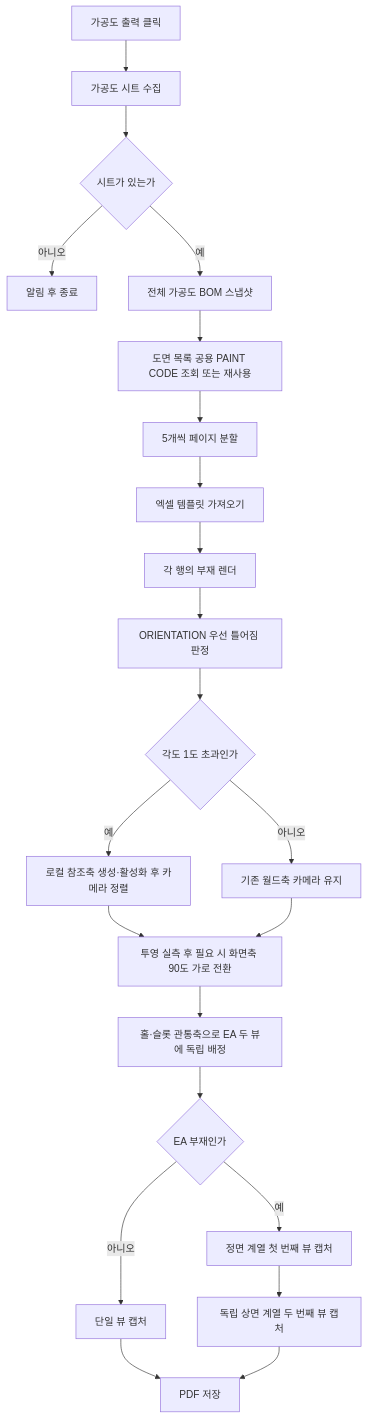
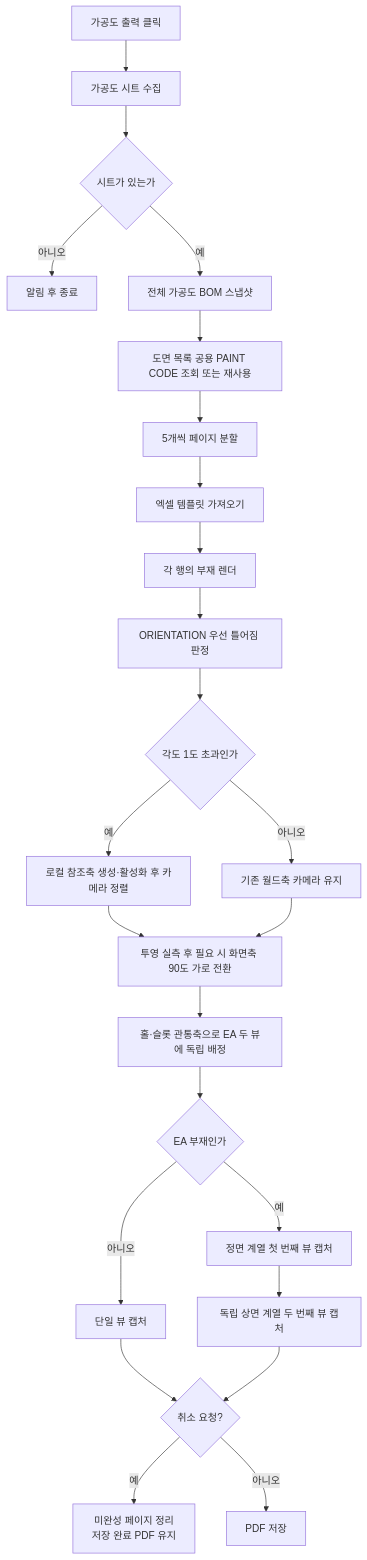
One commit to uuuuj/a2z changed the diagram in docs/기능/가공도/가공도 시트.md. Above: the diagram before and after it, drawn with Mermaid. The commit also changed other lines of this file and 16 other files, not shown here.

````diff
--- a/docs/기능/가공도/가공도 시트.md
+++ b/docs/기능/가공도/가공도 시트.md
@@ -27,24 +27,26 @@
 ```mermaid
 flowchart TD
     A["가공도 출력 클릭"] --> B["가공도 시트 수집"]
     B --> C{"시트가 있는가"}
     C -- 아니오 --> D["알림 후 종료"]
     C -- 예 --> E["전체 가공도 BOM 스냅샷"]
     E --> E1["도면 목록 공용 PAINT CODE 조회 또는 재사용"]
     E1 --> F["5개씩 페이지 분할"]
     F --> G["엑셀 템플릿 가져오기"]
     G --> H["각 행의 부재 렌더"]
     H --> H1["ORIENTATION 우선 틀어짐 판정"]
     H1 --> H2{"각도 1도 초과인가"}
     H2 -- 예 --> H3["로컬 참조축 생성·활성화 후 카메라 정렬"]
     H2 -- 아니오 --> H4["기존 월드축 카메라 유지"]
     H3 --> H5["투영 실측 후 필요 시 화면축 90도 가로 전환"]
     H4 --> H5
     H5 --> H6["홀·슬롯 관통축으로 EA 두 뷰에 독립 배정"]
     H6 --> I{"EA 부재인가"}
     I -- 아니오 --> J["단일 뷰 캡처"]
     I -- 예 --> K["정면 계열 첫 번째 뷰 캡처"]
     K --> L["독립 상면 계열 두 번째 뷰 캡처"]
-    J --> M["PDF 저장"]
-    L --> M
+    J --> CXL{"취소 요청?"}
+    L --> CXL
+    CXL -- 예 --> CLEAN["미완성 페이지 정리<br/>저장 완료 PDF 유지"]
+    CXL -- 아니오 --> M["PDF 저장"]
 ```
````
